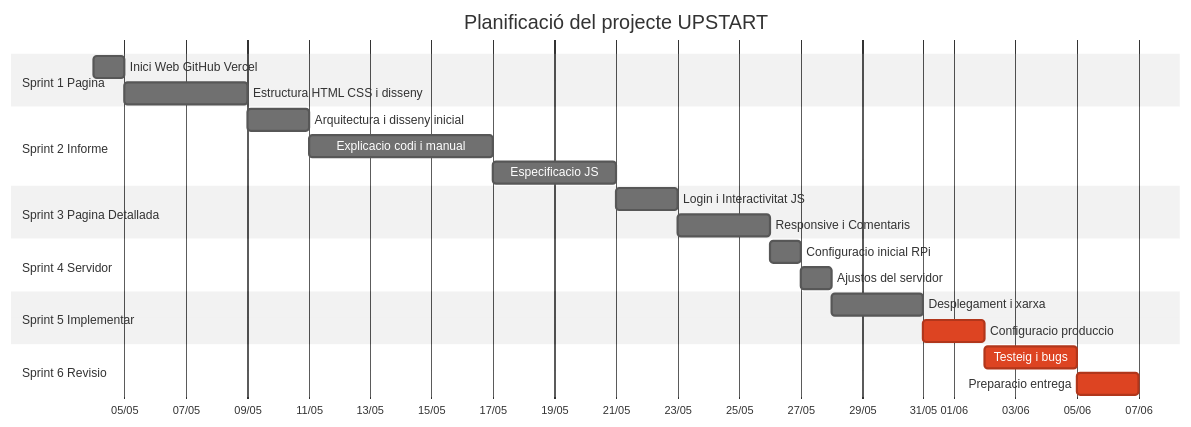
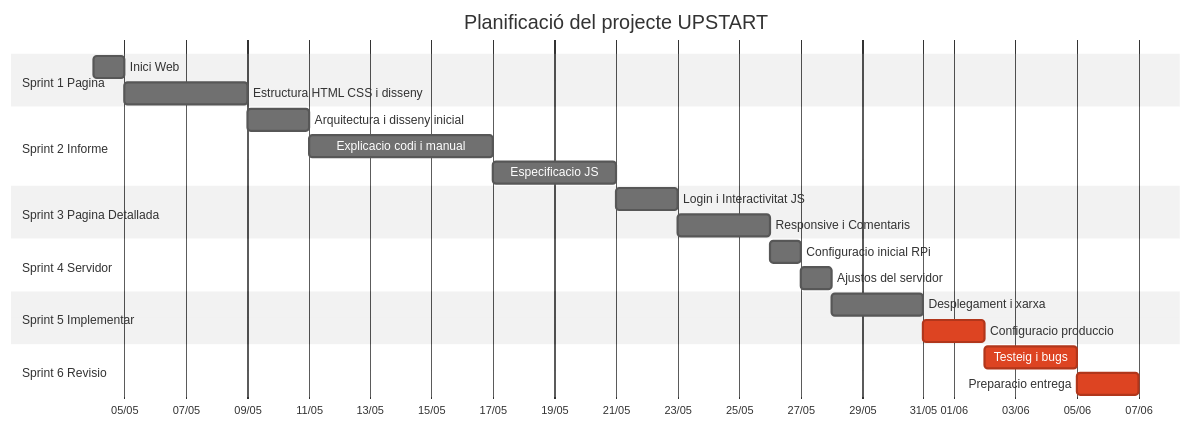
The diagram in README.md (Sukhdeep777/upstart), drawn with Mermaid (neutral theme) before and after one commit.

````diff
--- a/README.md
+++ b/README.md
@@ -2,31 +2,31 @@
 ```mermaid
 gantt
     title Planificació del projecte UPSTART
     dateFormat  YYYY-MM-DD
     axisFormat  %d/%m
 
     section Sprint 1 Pagina
-    Inici Web GitHub Vercel        :s1t1, 2026-05-04, 1d
+    Inici Web :s1t1, 2026-05-04, 1d
     Estructura HTML CSS i disseny  :s1t2, after s1t1, 4d
 
     section Sprint 2 Informe
     Arquitectura i disseny inicial :s2t1, after s1t2, 2d
     Explicacio codi i manual       :s2t2, after s2t1, 6d
     Especificacio JS               :s2t3, after s2t2, 4d
 
     section Sprint 3 Pagina Detallada
     Login i Interactivitat JS      :s3t1, after s2t3, 2d
     Responsive i Comentaris        :s3t2, after s3t1, 3d
 
     section Sprint 4 Servidor
     Configuracio inicial RPi       :s4t1, after s3t2, 1d
     Ajustos del servidor           :s4t2, after s4t1, 1d
 
     section Sprint 5 Implementar
     Desplegament i xarxa           :s5t1, after s4t2, 3d
     Configuracio produccio         :crit, s5t2, after s5t1, 2d
 
     section Sprint 6 Revisio
     Testeig i bugs                 :crit, s6t1, after s5t2, 3d
     Preparacio entrega             :crit, s6t2, after s6t1, 2d
 ```
````
